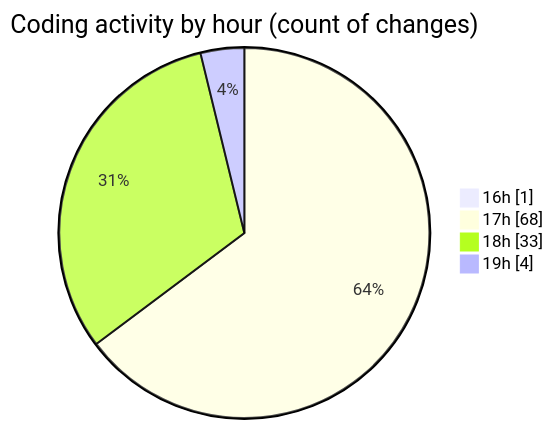
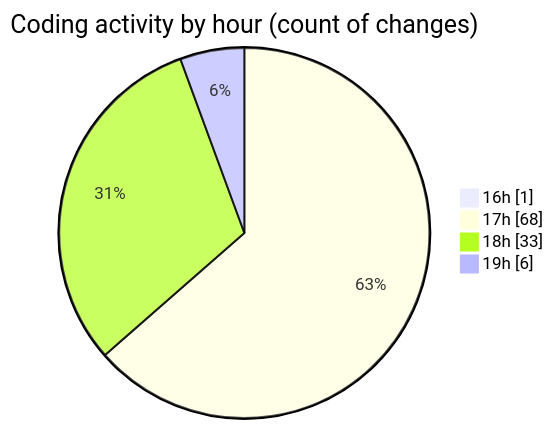
One commit to idhammustaqopulfikri/code-tracking changed the second of 2 diagrams in 2025-05-27/studio-backend/README.md. Above: the diagram before and after it, drawn with Mermaid. The commit also changed other lines of this file and 1 other file, not shown here.

````diff
--- a/2025-05-27/studio-backend/README.md
+++ b/2025-05-27/studio-backend/README.md
@@ -64,8 +64,8 @@
 ```mermaid
 pie showData
 title Coding activity by hour (count of changes)
 "16h" : 1
 "17h" : 68
 "18h" : 33
-"19h" : 4
+"19h" : 6
 ```
````
